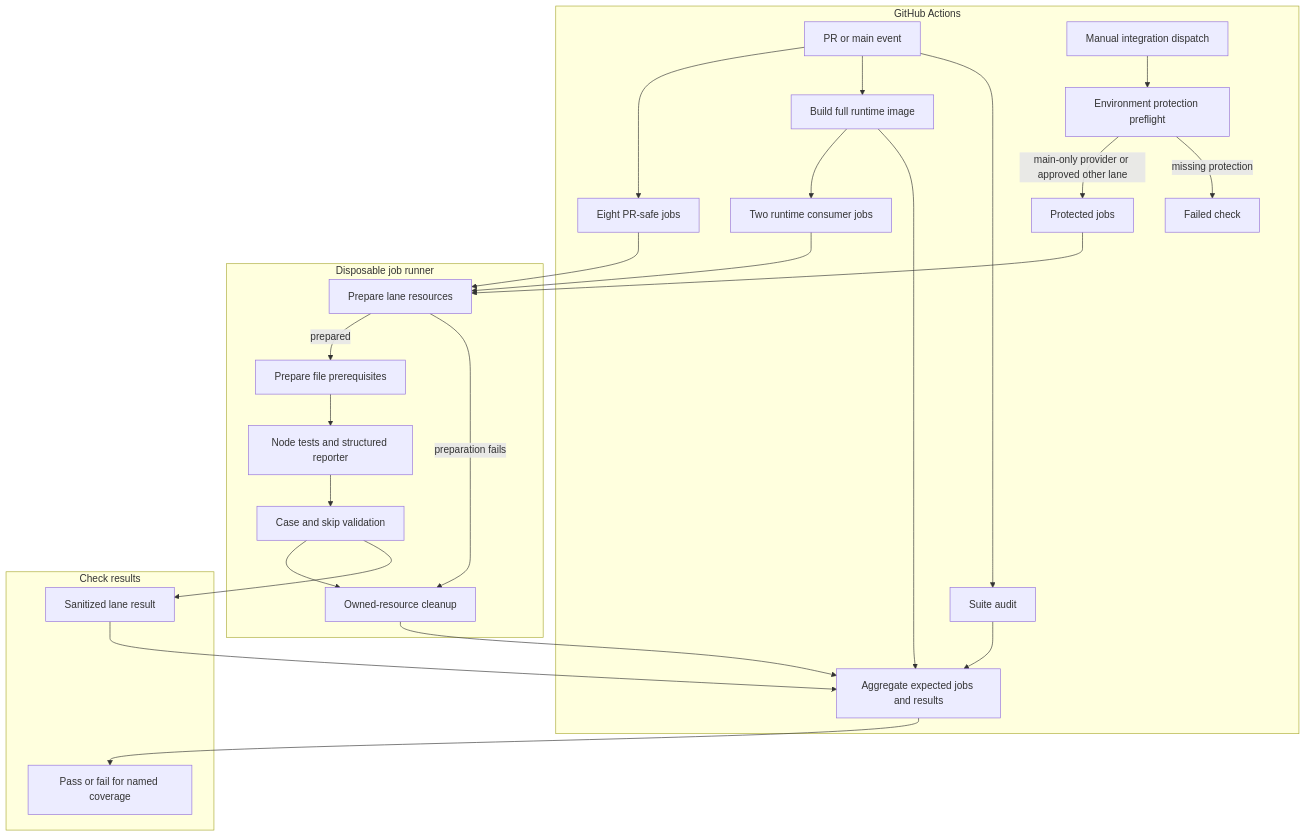
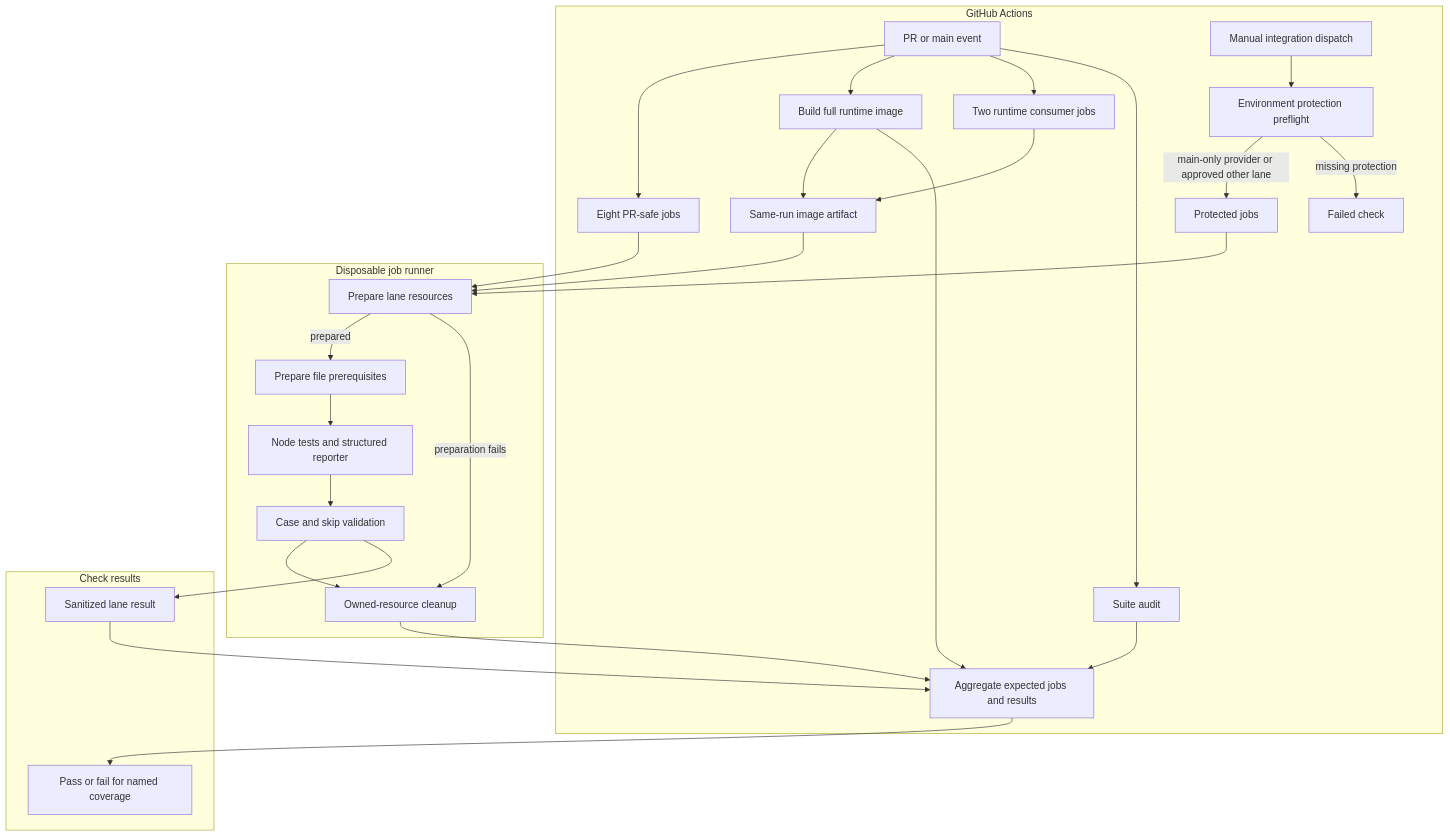
Before and after one commit to openclaw/openclaw-enterprise: the diagram in docs/flows/github-actions-testing.md, drawn with Mermaid. The commit also changed other lines of this file and 7 other files, not shown here.

Commit message:
ci: overlap runtime consumer setup and compress image transport

````diff
--- a/docs/flows/github-actions-testing.md
+++ b/docs/flows/github-actions-testing.md
@@ -21,30 +21,32 @@
 ```mermaid
 graph TD
   subgraph Actions["GitHub Actions"]
     A["PR or main event"] --> B["Eight PR-safe jobs"]
     A --> R["Build full runtime image"]
-    R --> S["Two runtime consumer jobs"]
+    A --> S["Two runtime consumer jobs"]
+    R --> Q["Same-run image artifact"]
+    S --> Q
     R --> L
     A --> N["Suite audit"]
     N --> L
     C["Manual integration dispatch"] --> D["Environment protection preflight"]
     D -->|main-only provider or approved other lane| E["Protected jobs"]
     D -->|missing protection| X["Failed check"]
   end
   subgraph Runner["Disposable job runner"]
     B --> F["Prepare lane resources"]
-    S --> F
+    Q --> F
     E --> F
     F -->|prepared| G["Prepare file prerequisites"]
     G --> H["Node tests and structured reporter"]
     H --> I["Case and skip validation"]
     F -->|preparation fails| J["Owned-resource cleanup"]
     I --> J
   end
   subgraph Results["Check results"]
     I --> K["Sanitized lane result"]
     J --> L["Aggregate expected jobs and results"]
     K --> L
     L --> M["Pass or fail for named coverage"]
   end
 ```
````
